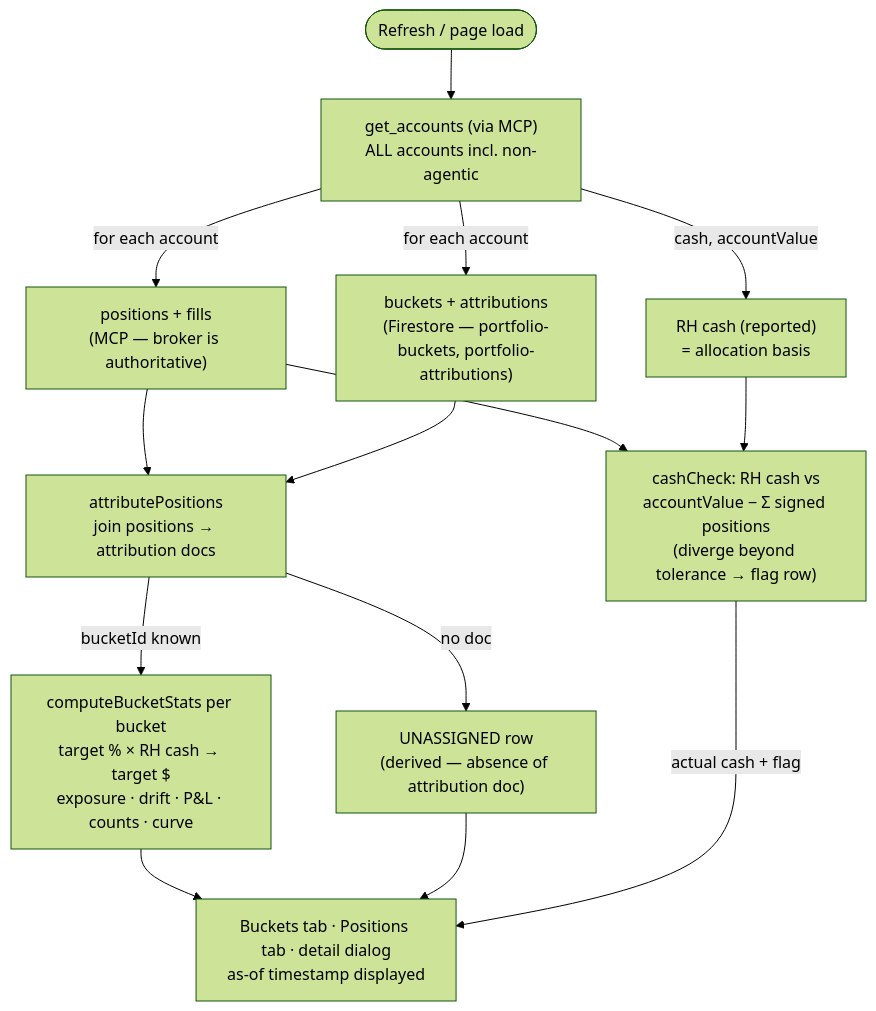
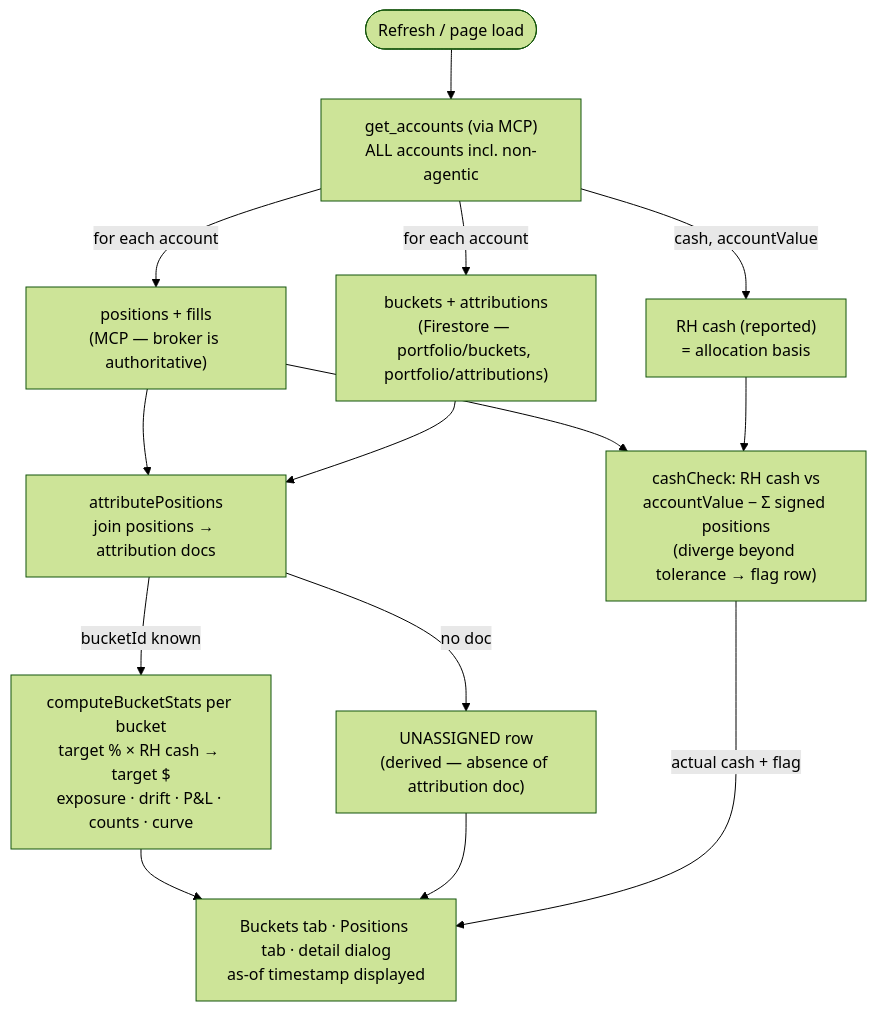
One commit to rinebob/rel-str changed the diagram in docs/topics/576-portfolio/diagrams/1-refresh-reconciliation.mmd. Above: the diagram before and after it, drawn with Mermaid (forest theme). The commit also changed other lines of this file and 5 other files, not shown here.

```diff
--- a/docs/topics/576-portfolio/diagrams/1-refresh-reconciliation.mmd
+++ b/docs/topics/576-portfolio/diagrams/1-refresh-reconciliation.mmd
@@ -1,14 +1,14 @@
 flowchart TD
     R(["Refresh / page load"]) --> AC["get_accounts (via MCP)<br/>ALL accounts incl. non-agentic"]
     AC -->|"for each account"| F1["positions + fills<br/>(MCP — broker is authoritative)"]
-    AC -->|"for each account"| F2["buckets + attributions<br/>(Firestore — portfolio-buckets, portfolio-attributions)"]
+    AC -->|"for each account"| F2["buckets + attributions<br/>(Firestore — portfolio/buckets, portfolio/attributions)"]
     AC -->|"cash, accountValue"| CS["RH cash (reported)<br/>= allocation basis"]
     F1 --> J["attributePositions<br/>join positions → attribution docs"]
     F2 --> J
     J -->|"bucketId known"| S["computeBucketStats per bucket<br/>target % × RH cash → target $<br/>exposure · drift · P&L · counts · curve"]
     J -->|"no doc"| U["UNASSIGNED row<br/>(derived — absence of attribution doc)"]
     F1 --> CHK
     CS --> CHK["cashCheck: RH cash vs<br/>accountValue − Σ signed positions<br/>(diverge beyond tolerance → flag row)"]
     S --> V["Buckets tab · Positions tab · detail dialog<br/>as-of timestamp displayed"]
     U --> V
     CHK -->|"actual cash + flag"| V
```
